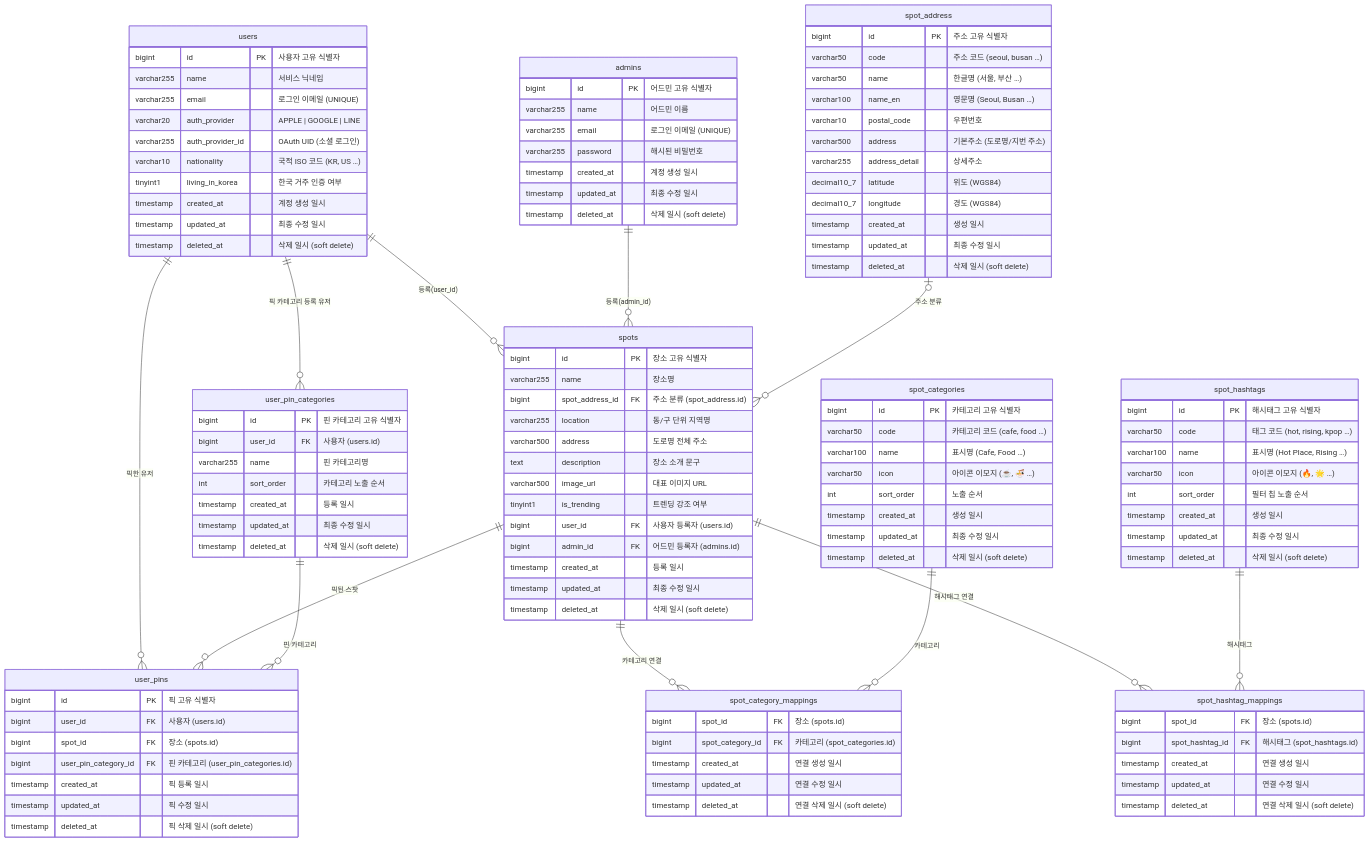
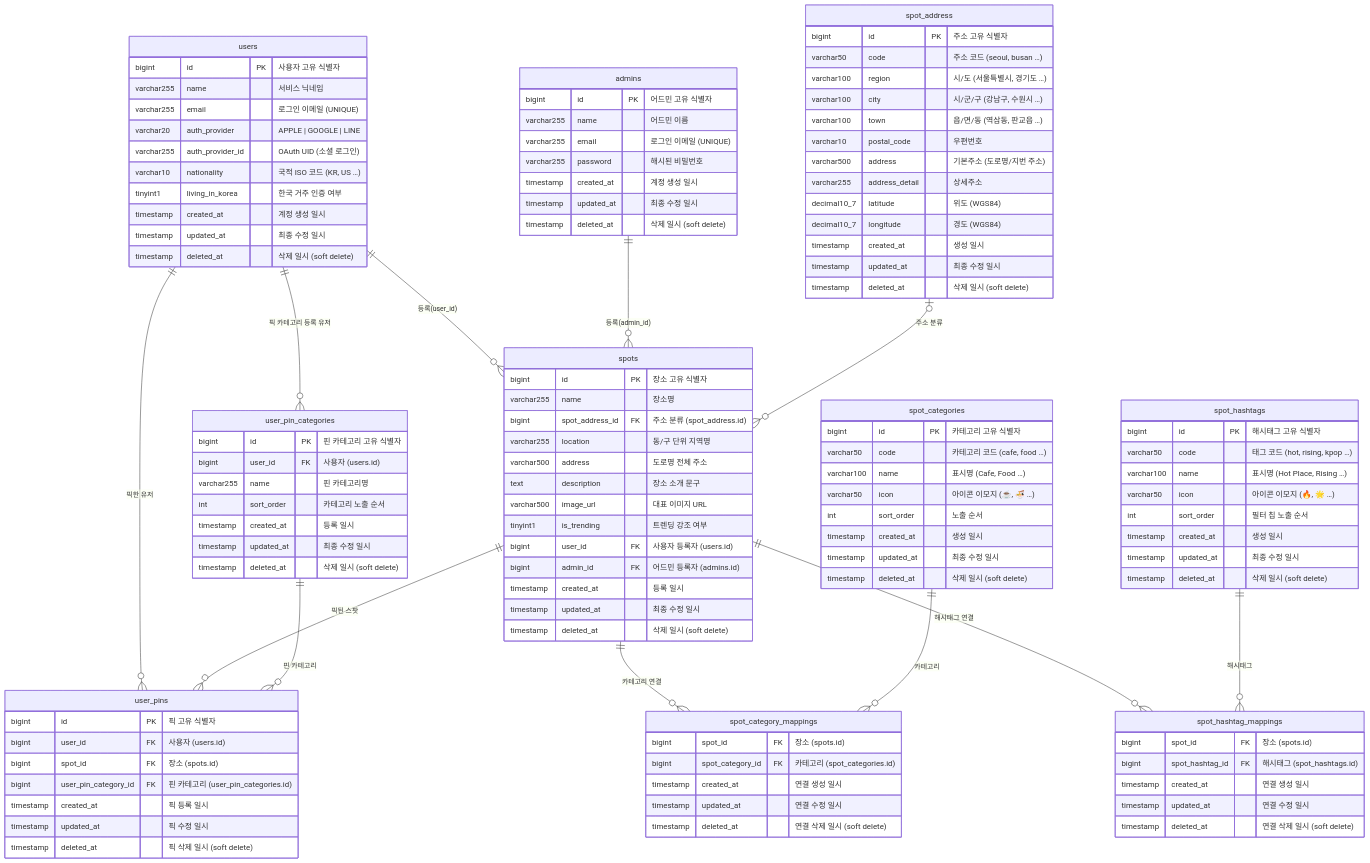
Before and after one commit to picko-labs/picko-api: the diagram in src/main/resources/db/ddl/schema-erd.mmd, drawn with Mermaid.

Commit message:
docs: spot_address 한글명·영문명 컬럼을 시도·시군구·읍면동으로 변경

```diff
--- a/src/main/resources/db/ddl/schema-erd.mmd
+++ b/src/main/resources/db/ddl/schema-erd.mmd
@@ -1,140 +1,141 @@
 erDiagram
 
     users {
         bigint      id               PK  "사용자 고유 식별자"
         varchar255  name                 "서비스 닉네임"
         varchar255  email                "로그인 이메일 (UNIQUE)"
         varchar20   auth_provider        "APPLE | GOOGLE | LINE"
         varchar255  auth_provider_id     "OAuth UID (소셜 로그인)"
         varchar10   nationality          "국적 ISO 코드 (KR, US …)"
         tinyint1    living_in_korea      "한국 거주 인증 여부"
         timestamp   created_at           "계정 생성 일시"
         timestamp   updated_at           "최종 수정 일시"
         timestamp   deleted_at           "삭제 일시 (soft delete)"
     }
 
     admins {
         bigint      id          PK  "어드민 고유 식별자"
         varchar255  name            "어드민 이름"
         varchar255  email           "로그인 이메일 (UNIQUE)"
         varchar255  password        "해시된 비밀번호"
         timestamp   created_at      "계정 생성 일시"
         timestamp   updated_at      "최종 수정 일시"
         timestamp   deleted_at      "삭제 일시 (soft delete)"
     }
 
     spot_address {
         bigint      id             PK  "주소 고유 식별자"
         varchar50   code               "주소 코드 (seoul, busan …)"
-        varchar50   name               "한글명 (서울, 부산 …)"
-        varchar100  name_en            "영문명 (Seoul, Busan …)"
+        varchar100  region             "시/도 (서울특별시, 경기도 …)"
+        varchar100  city               "시/군/구 (강남구, 수원시 …)"
+        varchar100  town               "읍/면/동 (역삼동, 판교읍 …)"
         varchar10   postal_code        "우편번호"
         varchar500  address            "기본주소 (도로명/지번 주소)"
         varchar255  address_detail     "상세주소"
         decimal10_7 latitude           "위도 (WGS84)"
         decimal10_7 longitude          "경도 (WGS84)"
         timestamp   created_at         "생성 일시"
         timestamp   updated_at         "최종 수정 일시"
         timestamp   deleted_at         "삭제 일시 (soft delete)"
     }
 
     spot_categories {
         bigint      id          PK  "카테고리 고유 식별자"
         varchar50   code            "카테고리 코드 (cafe, food …)"
         varchar100  name            "표시명 (Cafe, Food …)"
         varchar50   icon            "아이콘 이모지 (☕, 🍜 …)"
         int         sort_order      "노출 순서"
         timestamp   created_at      "생성 일시"
         timestamp   updated_at      "최종 수정 일시"
         timestamp   deleted_at      "삭제 일시 (soft delete)"
     }
 
     spots {
         bigint      id              PK  "장소 고유 식별자"
         varchar255  name                "장소명"
         bigint      spot_address_id FK  "주소 분류 (spot_address.id)"
         varchar255  location            "동/구 단위 지역명"
         varchar500  address             "도로명 전체 주소"
         text        description         "장소 소개 문구"
         varchar500  image_url           "대표 이미지 URL"
         tinyint1    is_trending         "트렌딩 강조 여부"
         bigint      user_id         FK  "사용자 등록자 (users.id)"
         bigint      admin_id        FK  "어드민 등록자 (admins.id)"
         timestamp   created_at          "등록 일시"
         timestamp   updated_at          "최종 수정 일시"
         timestamp   deleted_at          "삭제 일시 (soft delete)"
     }
 
     spot_category_mappings {
         bigint      spot_id          FK  "장소 (spots.id)"
         bigint      spot_category_id FK  "카테고리 (spot_categories.id)"
         timestamp   created_at           "연결 생성 일시"
         timestamp   updated_at           "연결 수정 일시"
         timestamp   deleted_at           "연결 삭제 일시 (soft delete)"
     }
 
     user_pin_categories {
         bigint      id         PK  "핀 카테고리 고유 식별자"
         bigint      user_id    FK  "사용자 (users.id)"
         varchar255  name           "핀 카테고리명"
         int         sort_order     "카테고리 노출 순서"
         timestamp   created_at     "등록 일시"
         timestamp   updated_at     "최종 수정 일시"
         timestamp   deleted_at     "삭제 일시 (soft delete)"
     }
 
     user_pins {
         bigint      id                   PK  "픽 고유 식별자"
         bigint      user_id              FK  "사용자 (users.id)"
         bigint      spot_id              FK  "장소 (spots.id)"
         bigint      user_pin_category_id FK  "핀 카테고리 (user_pin_categories.id)"
         timestamp   created_at               "픽 등록 일시"
         timestamp   updated_at               "픽 수정 일시"
         timestamp   deleted_at               "픽 삭제 일시 (soft delete)"
     }
 
     spot_hashtags {
         bigint      id          PK  "해시태그 고유 식별자"
         varchar50   code            "태그 코드 (hot, rising, kpop …)"
         varchar100  name            "표시명 (Hot Place, Rising …)"
         varchar50   icon            "아이콘 이모지 (🔥, 🌟 …)"
         int         sort_order      "필터 칩 노출 순서"
         timestamp   created_at      "생성 일시"
         timestamp   updated_at      "최종 수정 일시"
         timestamp   deleted_at      "삭제 일시 (soft delete)"
     }
 
     spot_hashtag_mappings {
         bigint      spot_id         FK  "장소 (spots.id)"
         bigint      spot_hashtag_id FK  "해시태그 (spot_hashtags.id)"
         timestamp   created_at          "연결 생성 일시"
         timestamp   updated_at          "연결 수정 일시"
         timestamp   deleted_at          "연결 삭제 일시 (soft delete)"
     }
 
     %% ── 관계 정의 ──────────────────────────────────────────
 
     %% users → spots : 유저가 스팟을 직접 등록
     users                ||--o{ spots                    : "등록(user_id)"
 
     %% admins → spots : 어드민이 스팟을 등록
     admins               ||--o{ spots                    : "등록(admin_id)"
 
     %% users ↔ spots : 유저가 스팟을 픽(북마크)
     users                ||--o{ user_pins                : "픽한 유저"
     spots                ||--o{ user_pins                : "픽된 스팟"
 
     %% users → user_pin_categories : 유저의 픽 카테고리
     users                ||--o{ user_pin_categories        : "픽 카테고리 등록 유저"
     user_pin_categories  ||--o{ user_pins                  : "핀 카테고리"
 
     %% spots ↔ spot_categories : 스팟 카테고리 (N개)
     spots                ||--o{ spot_category_mappings   : "카테고리 연결"
     spot_categories      ||--o{ spot_category_mappings   : "카테고리"
 
     %% spots → spot_address : 주소 분류
     spot_address         |o--o{ spots                    : "주소 분류"
 
     %% spots ↔ spot_hashtags : 해시태그 필터
     spots                ||--o{ spot_hashtag_mappings    : "해시태그 연결"
     spot_hashtags        ||--o{ spot_hashtag_mappings    : "해시태그"
```
